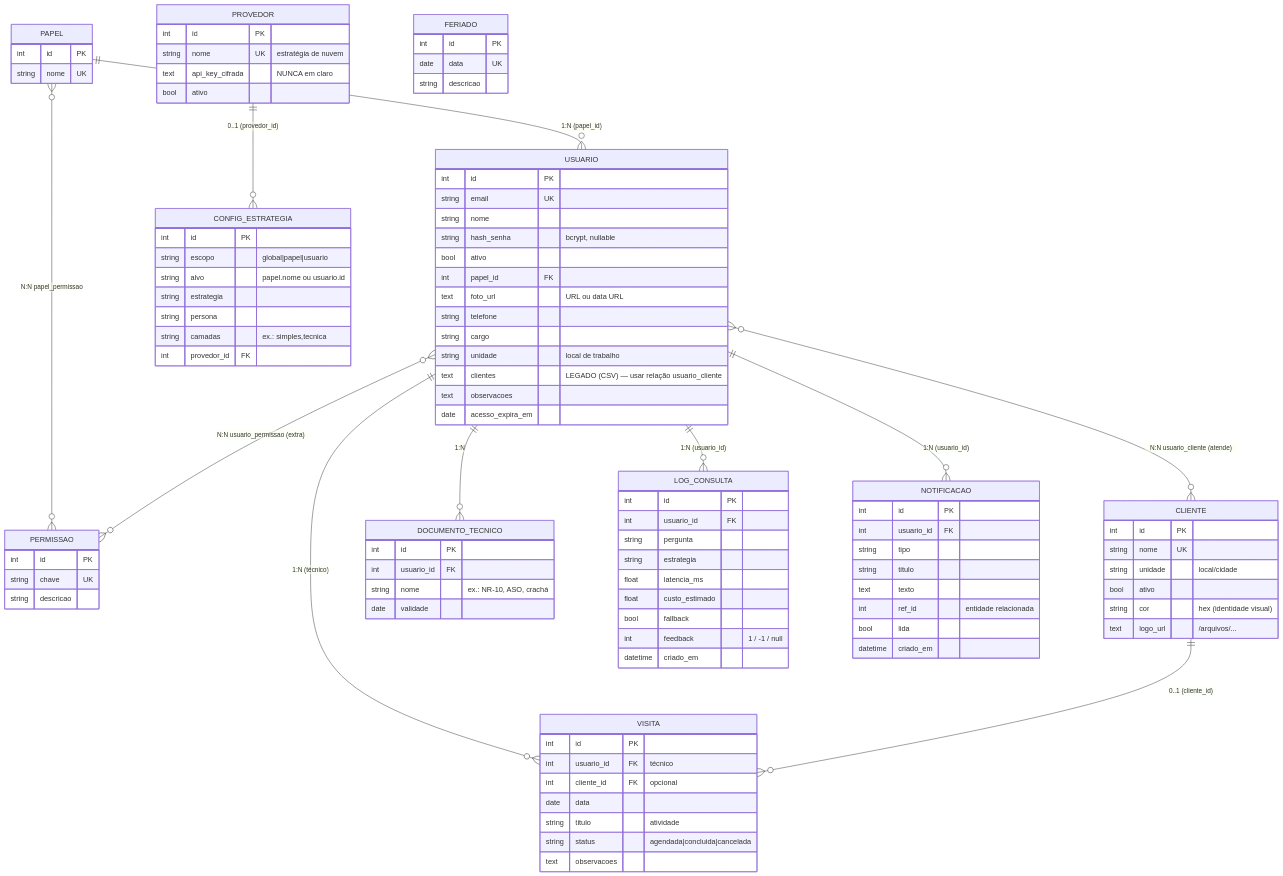
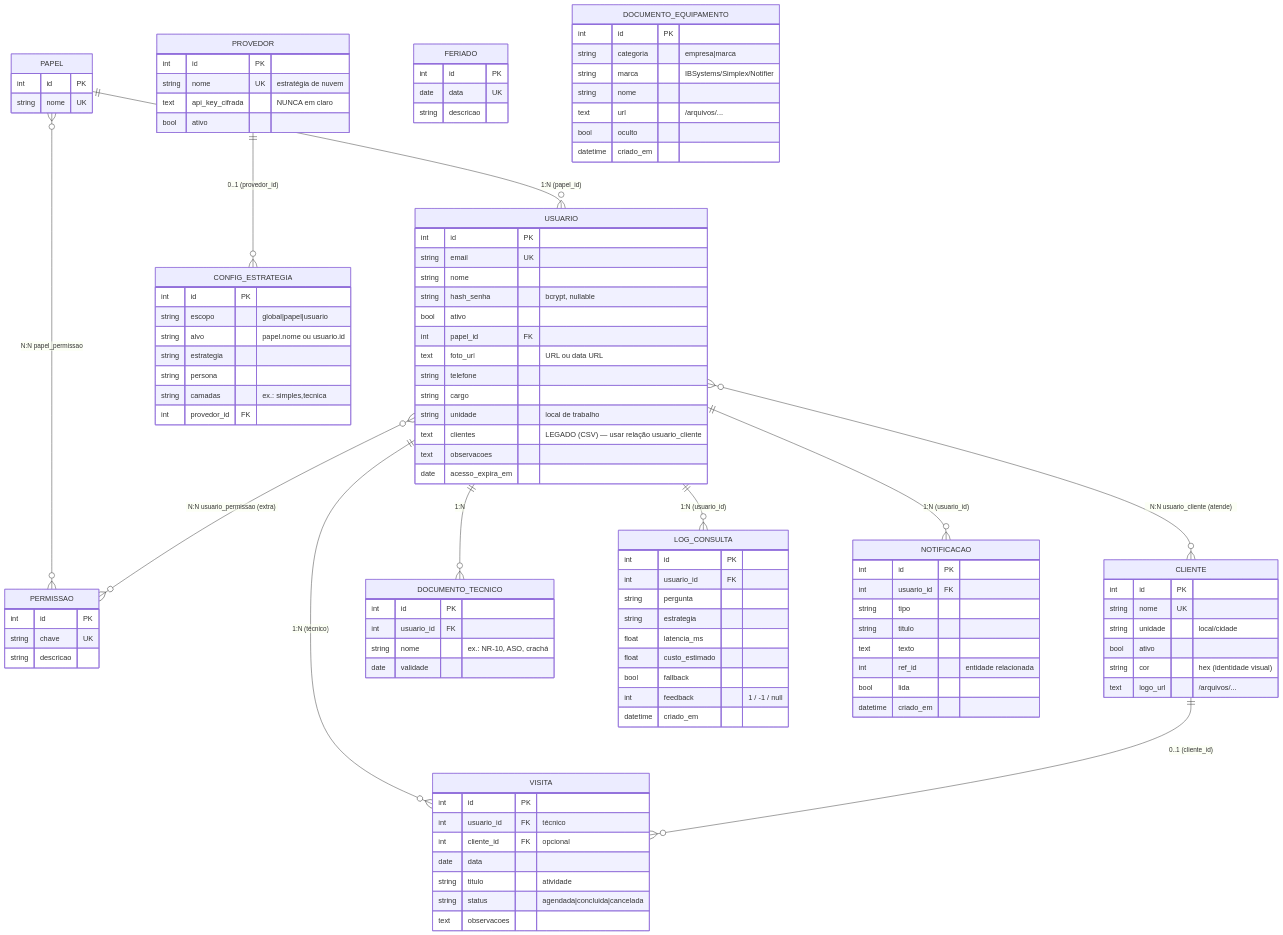
The diagram in docs/MODELO_DADOS.md (caiquemiranda/RAG-Simplex), drawn with Mermaid before and after one commit. The commit also changed 13 other files, not shown here.

First line of the commit message:
feat(#DOC1): biblioteca de documentos (empresa + marcas) com CRUD de arquivos

```diff
--- a/docs/MODELO_DADOS.md
+++ b/docs/MODELO_DADOS.md
@@ -82,6 +82,15 @@
     string nome "ex.: NR-10, ASO, crachá"
     date validade
   }
+  DOCUMENTO_EQUIPAMENTO {
+    int id PK
+    string categoria "empresa|marca"
+    string marca "IBSystems/Simplex/Notifier"
+    string nome
+    text url "/arquivos/..."
+    bool oculto
+    datetime criado_em
+  }
   LOG_CONSULTA {
     int id PK
     int usuario_id FK
```
